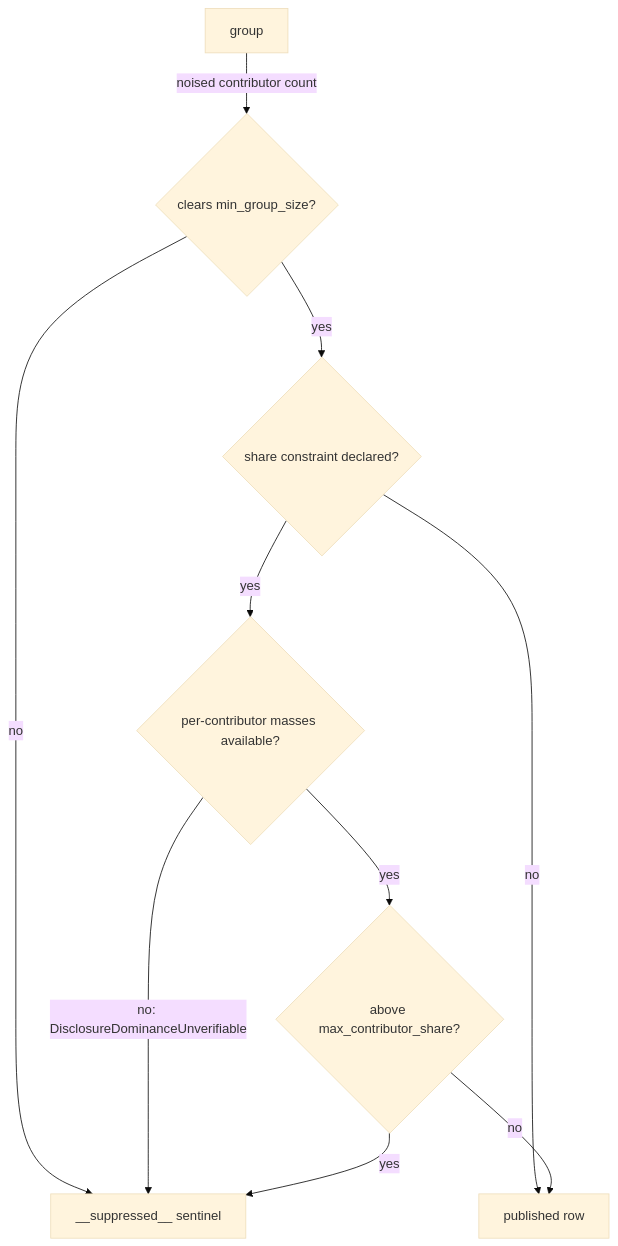
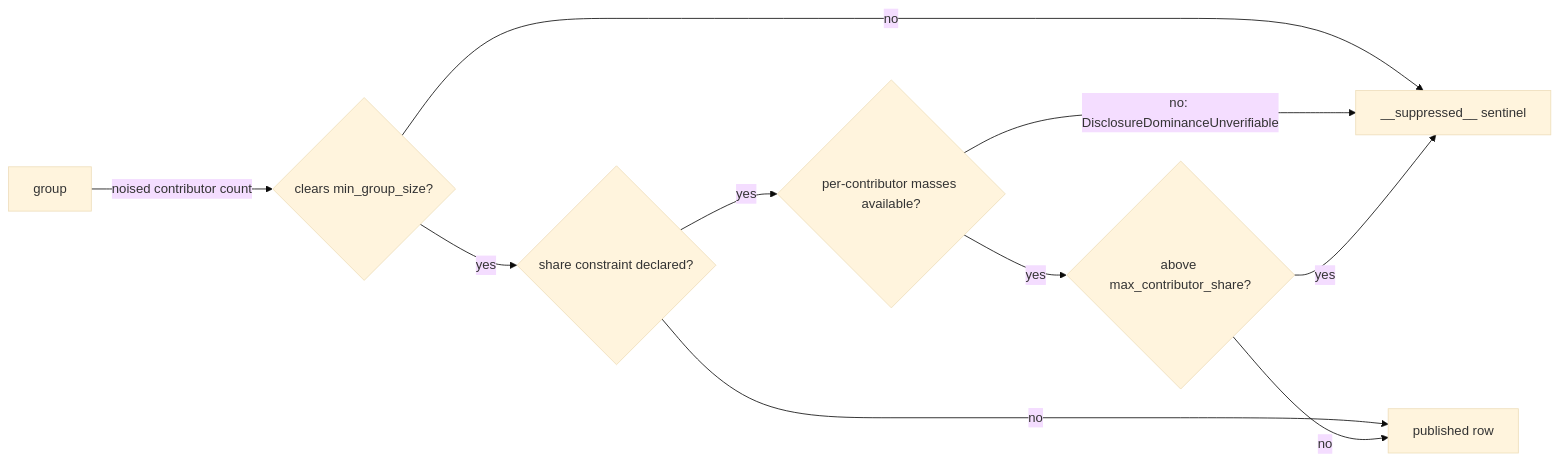
One commit to fractalboxdev/contextful changed the second of 2 diagrams in spec/61-disclosure.md. Above: the diagram before and after it, drawn with Mermaid (base theme). The commit also changed other lines of this file and 31 other files, not shown here.

First line of the commit message:
spec: every diagram draws things as nodes and what flows as labelled edges

````diff
--- a/spec/61-disclosure.md
+++ b/spec/61-disclosure.md
@@ -96,12 +89,12 @@
 ```mermaid
-flowchart TD
-  G["group"] -- "noised contributor count" --> SZ{"clears min_group_size?"}
-  SZ -- no --> S["__suppressed__ sentinel"]
-  SZ -- yes --> SH{"share constraint declared?"}
-  SH -- no --> P["published row"]
-  SH -- yes --> AV{"per-contributor masses available?"}
-  AV -- "no: DisclosureDominanceUnverifiable" --> S
-  AV -- yes --> DOM{"above max_contributor_share?"}
-  DOM -- yes --> S
-  DOM -- no --> P
+flowchart LR
+  G["group"] -->|"noised contributor count"| SZ{"clears min_group_size?"}
+  SZ -->|"no"| S["__suppressed__ sentinel"]
+  SZ -->|"yes"| SH{"share constraint declared?"}
+  SH -->|"no"| P["published row"]
+  SH -->|"yes"| AV{"per-contributor masses available?"}
+  AV -->|"no: DisclosureDominanceUnverifiable"| S
+  AV -->|"yes"| DOM{"above max_contributor_share?"}
+  DOM -->|"yes"| S
+  DOM -->|"no"| P
 ```
````
